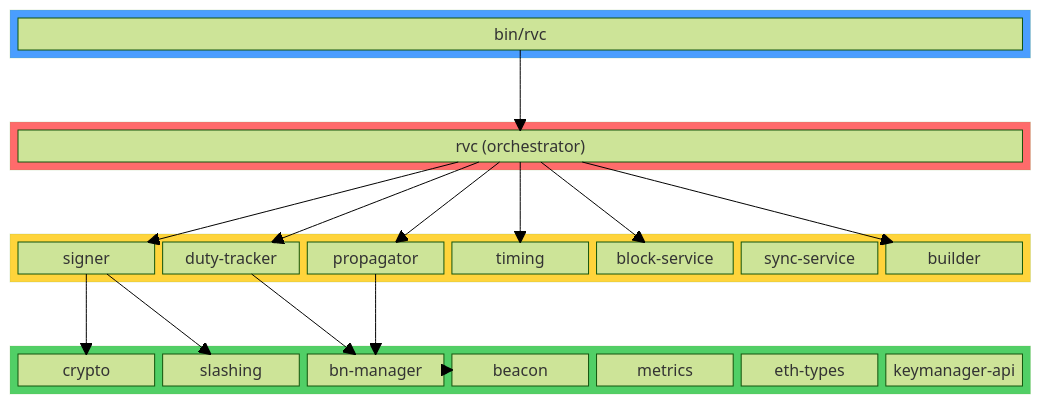
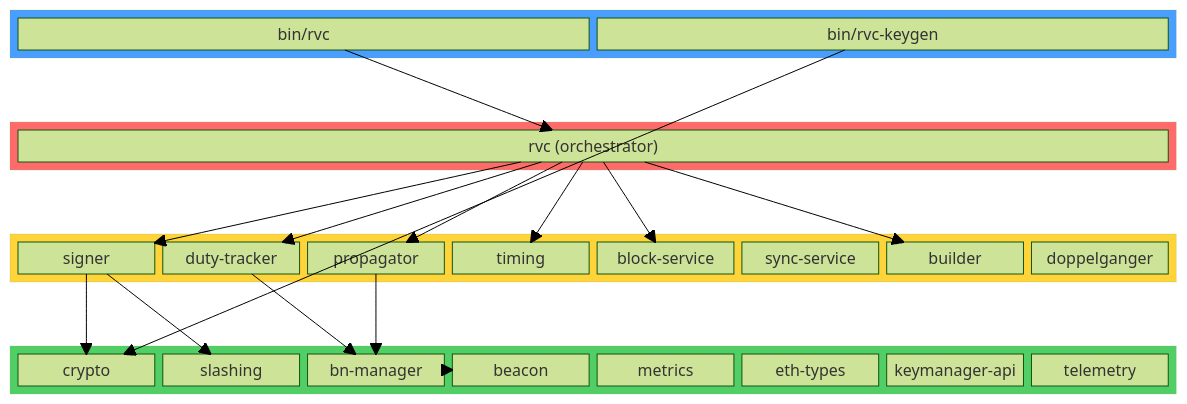
One commit to dsrvlabs/rvc changed the third of 8 diagrams in ARCHITECTURE.md. Above: the diagram before and after it, drawn with Mermaid (forest theme). The commit also changed other lines of this file and 3 other files, not shown here.

First line of the commit message:
docs: update README, ARCHITECTURE, and running guide to reflect current state

````diff
--- a/ARCHITECTURE.md
+++ b/ARCHITECTURE.md
@@ -145,56 +158,60 @@
 ```mermaid
 block-beta
-    columns 7
+    columns 8
 
-    block:binary:7
+    block:binary:8
         BIN["bin/rvc"]
+        KEYGEN["bin/rvc-keygen"]
     end
 
-    space:7
+    space:8
 
-    block:orchestrator:7
+    block:orchestrator:8
         RVC["rvc (orchestrator)"]
     end
 
-    space:7
+    space:8
 
-    block:domain:7
+    block:domain:8
         SIGNER["signer"]
         DUTY["duty-tracker"]
         PROP["propagator"]
         TIMING["timing"]
         BLOCK["block-service"]
         SYNC["sync-service"]
         BUILD["builder"]
+        DOPP["doppelganger"]
     end
 
-    space:7
+    space:8
 
-    block:foundation:7
+    block:foundation:8
         CRYPTO["crypto"]
         SLASHING["slashing"]
         BNM["bn-manager"]
         BEACON["beacon"]
         METRICS["metrics"]
         ETH["eth-types"]
         KMA["keymanager-api"]
+        TEL["telemetry"]
     end
 
     BIN --> RVC
+    KEYGEN --> CRYPTO
     RVC --> SIGNER
     RVC --> DUTY
     RVC --> PROP
     RVC --> TIMING
     RVC --> BLOCK
     RVC --> BUILD
     SIGNER --> CRYPTO
     SIGNER --> SLASHING
     DUTY --> BNM
     PROP --> BNM
     BNM --> BEACON
 
     style binary fill:#4a9eff,color:#fff
     style orchestrator fill:#ff6b6b,color:#fff
     style domain fill:#ffd43b,color:#333
     style foundation fill:#51cf66,color:#fff
 ```
````
